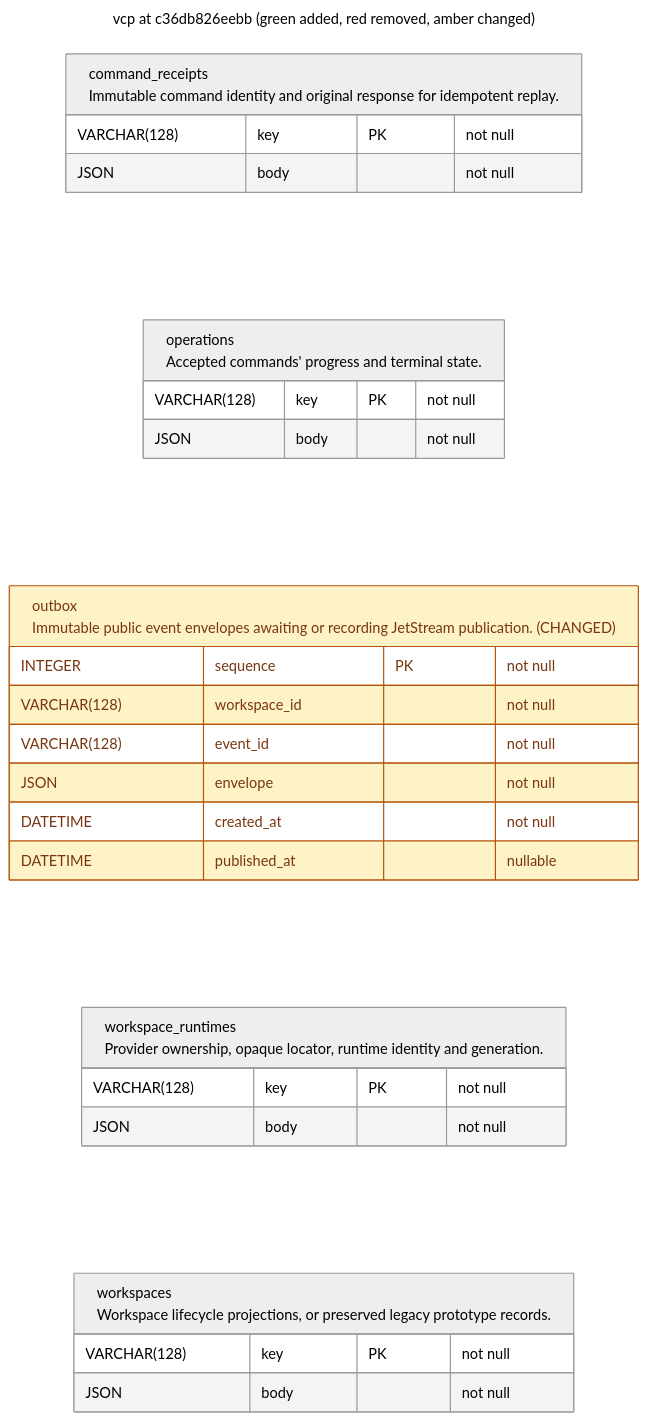
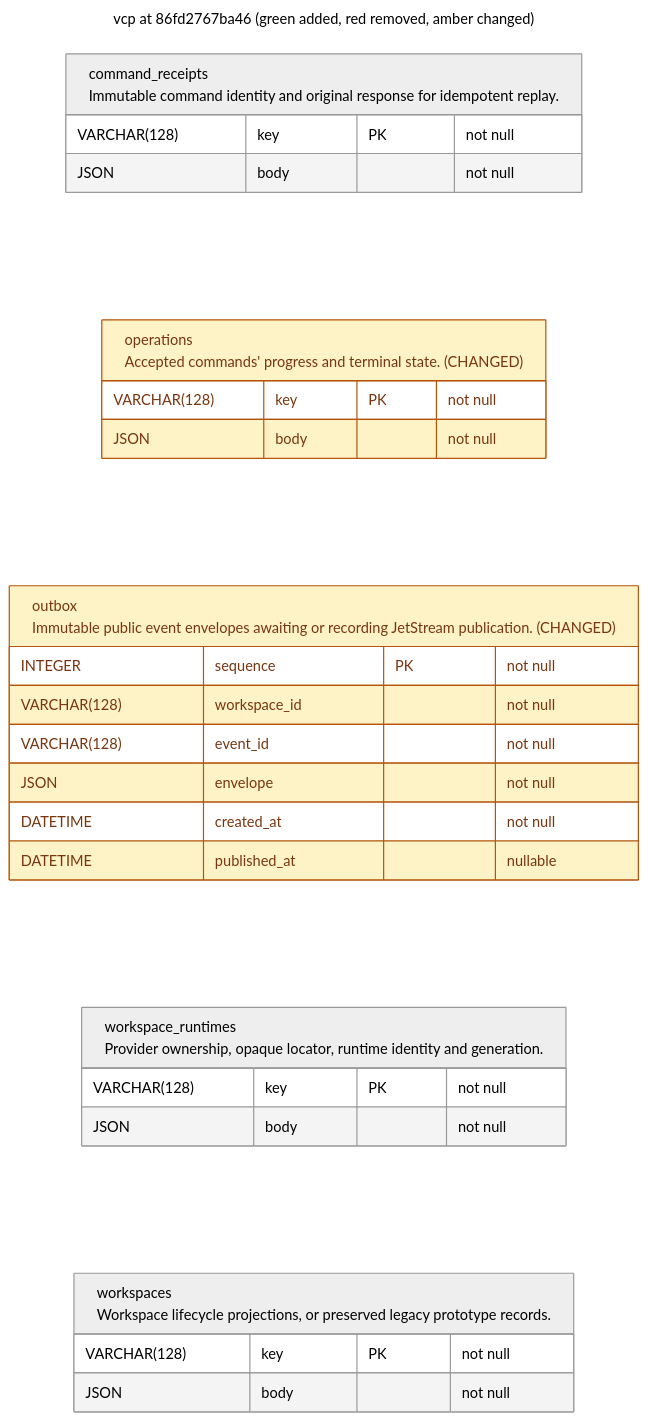
Before and after one commit to OpenEngine/OpenEngine: the diagram in v2/docs/schema/latest_vcp.mermaid, drawn with Mermaid. The commit also changed 18 other files, not shown here.

```diff
--- a/v2/docs/schema/latest_vcp.mermaid
+++ b/v2/docs/schema/latest_vcp.mermaid
@@ -1,38 +1,39 @@
 ---
-title: vcp at c36db826eebb (green added, red removed, amber changed)
+title: vcp at 86fd2767ba46 (green added, red removed, amber changed)
 config:
   theme: neutral
 ---
 erDiagram
     direction LR
     %% REMOVED tables/columns are tombstones, absent from this revision's schema.
     %% Column changes include type, nullability, default and key membership.
     %% Table changes also include indexes and constraints.
     classDef added fill:#dcfce7,stroke:#15803d,color:#14532d
     classDef removed fill:#fee2e2,stroke:#b91c1c,color:#7f1d1d
     classDef changed fill:#fef3c7,stroke:#b45309,color:#78350f
     command_receipts["command_receipts<br/>Immutable command identity and original response for idempotent replay."] {
         VARCHAR(128) key PK "not null"
         JSON body "not null"
     }
-    operations["operations<br/>Accepted commands' progress and terminal state."] {
+    operations["operations<br/>Accepted commands' progress and terminal state. (CHANGED)"] {
         VARCHAR(128) key PK "not null"
         JSON body "not null"
     }
+    class operations changed
     outbox["outbox<br/>Immutable public event envelopes awaiting or recording JetStream publication. (CHANGED)"] {
         INTEGER sequence PK "not null"
         VARCHAR(128) workspace_id "not null"
         VARCHAR(128) event_id "not null"
         JSON envelope "not null"
         DATETIME created_at "not null"
         DATETIME published_at "nullable"
     }
     class outbox changed
     workspace_runtimes["workspace_runtimes<br/>Provider ownership, opaque locator, runtime identity and generation."] {
         VARCHAR(128) key PK "not null"
         JSON body "not null"
     }
     workspaces["workspaces<br/>Workspace lifecycle projections, or preserved legacy prototype records."] {
         VARCHAR(128) key PK "not null"
         JSON body "not null"
     }
```
